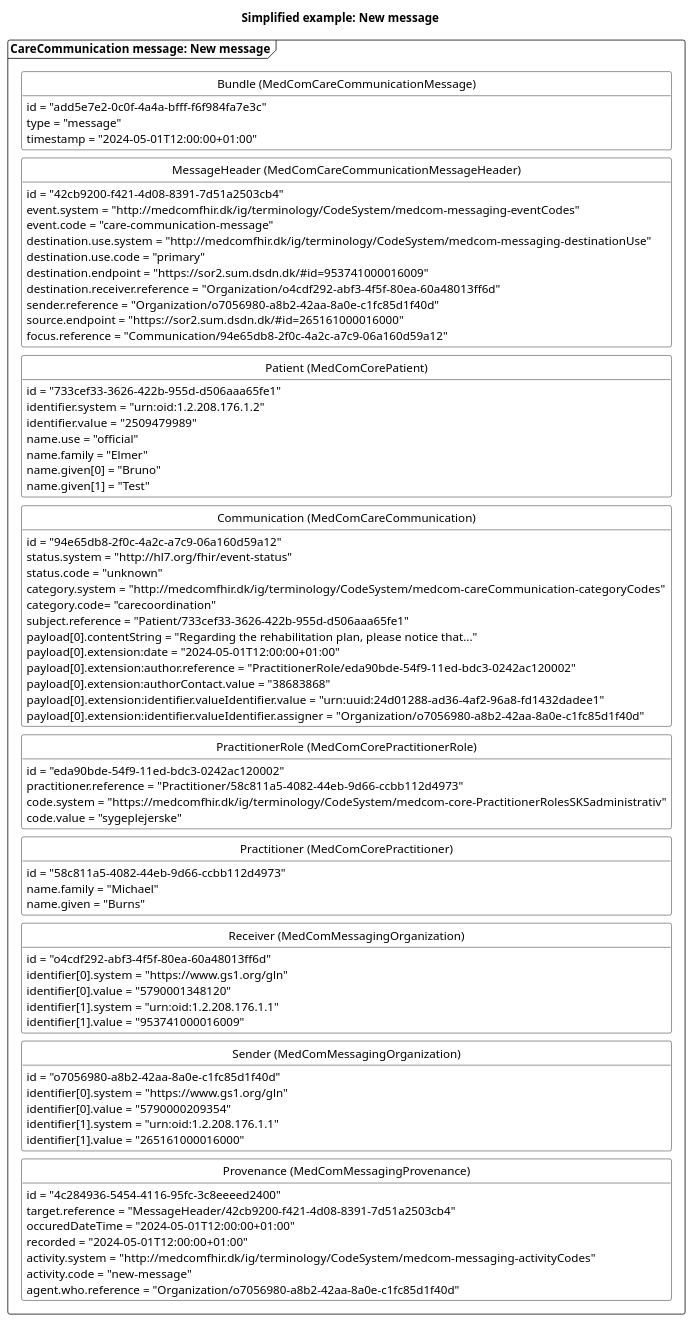
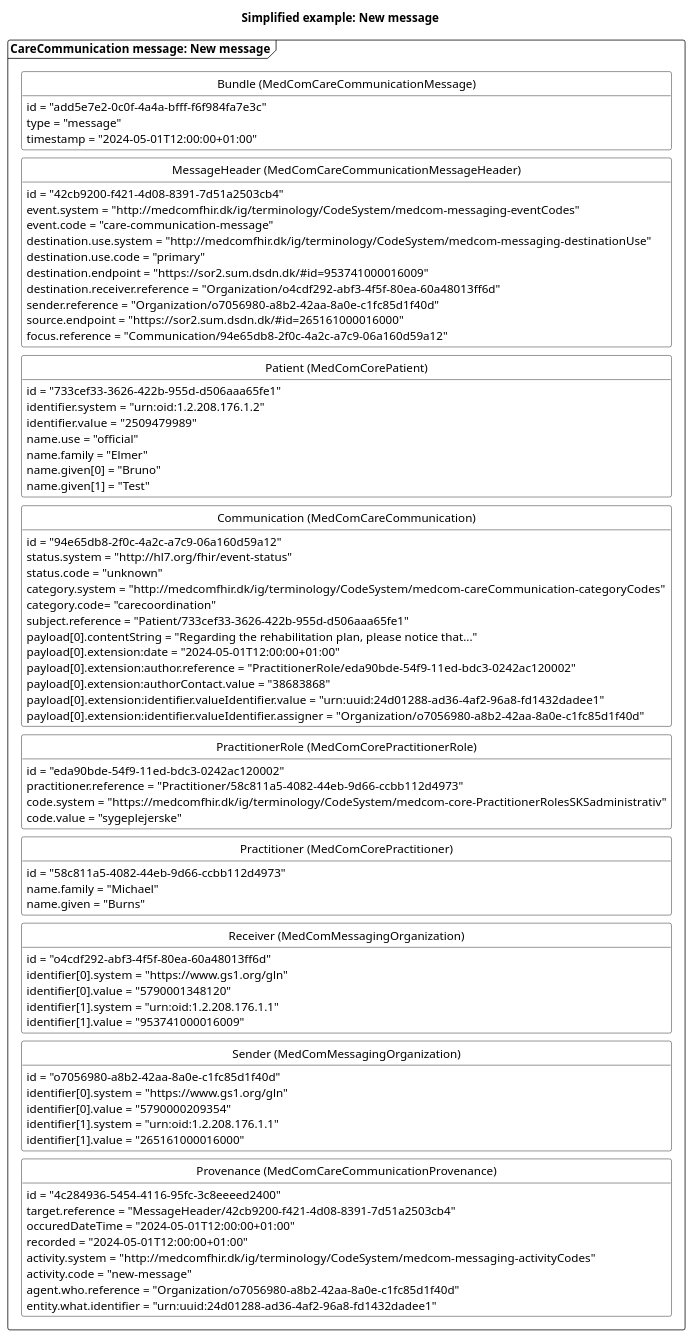
One commit to medcomdk/dk-medcom-carecommunication changed the diagram in puml/CareCommunicationNewMessage.puml. Above: the diagram before and after it, drawn with PlantUML. The commit also changed 36 other files, not shown here.

```diff
--- a/puml/CareCommunicationNewMessage.puml
+++ b/puml/CareCommunicationNewMessage.puml
@@ -1,105 +1,106 @@
 @startuml CCNewMessage
 
 'layout
 skinparam class {
     BackgroundColor White
     BorderColor Black
     ArrowColor Black
   }
 hide circle
 hide empty members
 skinparam SameClassWidth true
 skinparam Ranksep 10
 
 
 'title
 title Simplified example: New message
 
 'Message 1: New message
 package "CareCommunication message: New message" as new <<Frame>>{
     class "Bundle (MedComCareCommunicationMessage)" as newB {
         id = "add5e7e2-0c0f-4a4a-bfff-f6f984fa7e3c"
         type = "message"
         timestamp = "2024-05-01T12:00:00+01:00"
     }
     class "MessageHeader (MedComCareCommunicationMessageHeader)" as newMH{
         id = "42cb9200-f421-4d08-8391-7d51a2503cb4"
         event.system = "http://medcomfhir.dk/ig/terminology/CodeSystem/medcom-messaging-eventCodes"
         event.code = "care-communication-message"
         destination.use.system = "http://medcomfhir.dk/ig/terminology/CodeSystem/medcom-messaging-destinationUse"
         destination.use.code = "primary"
         destination.endpoint = "https://sor2.sum.dsdn.dk/#id=953741000016009"
         destination.receiver.reference = "Organization/o4cdf292-abf3-4f5f-80ea-60a48013ff6d"
         sender.reference = "Organization/o7056980-a8b2-42aa-8a0e-c1fc85d1f40d"
         source.endpoint = "https://sor2.sum.dsdn.dk/#id=265161000016000"
         focus.reference = "Communication/94e65db8-2f0c-4a2c-a7c9-06a160d59a12"
     }
     class "Patient (MedComCorePatient)" as newPT{
         id = "733cef33-3626-422b-955d-d506aaa65fe1"
         identifier.system = "urn:oid:1.2.208.176.1.2"
         identifier.value = "2509479989"
         name.use = "official"
         name.family = "Elmer"
         name.given[0] = "Bruno"
         name.given[1] = "Test"
     }
     class "Communication (MedComCareCommunication)" as newCom{
         id = "94e65db8-2f0c-4a2c-a7c9-06a160d59a12"
         status.system = "http://hl7.org/fhir/event-status" 
         status.code = "unknown"
         category.system = "http://medcomfhir.dk/ig/terminology/CodeSystem/medcom-careCommunication-categoryCodes"
         category.code= "carecoordination"
         subject.reference = "Patient/733cef33-3626-422b-955d-d506aaa65fe1"
         payload[0].contentString = "Regarding the rehabilitation plan, please notice that..."
         payload[0].extension:date = "2024-05-01T12:00:00+01:00"
         payload[0].extension:author.reference = "PractitionerRole/eda90bde-54f9-11ed-bdc3-0242ac120002"
         payload[0].extension:authorContact.value = "38683868"
         payload[0].extension:identifier.valueIdentifier.value = "urn:uuid:24d01288-ad36-4af2-96a8-fd1432dadee1"
         payload[0].extension:identifier.valueIdentifier.assigner = "Organization/o7056980-a8b2-42aa-8a0e-c1fc85d1f40d"
     }
     class "PractitionerRole (MedComCorePractitionerRole)" as newPracR{
         id = "eda90bde-54f9-11ed-bdc3-0242ac120002"
         practitioner.reference = "Practitioner/58c811a5-4082-44eb-9d66-ccbb112d4973"
         code.system = "https://medcomfhir.dk/ig/terminology/CodeSystem/medcom-core-PractitionerRolesSKSadministrativ"
         code.value = "sygeplejerske"
     }
     class "Practitioner (MedComCorePractitioner)" as newPrac{
         id = "58c811a5-4082-44eb-9d66-ccbb112d4973"
         name.family = "Michael"
         name.given = "Burns"
     }
     class "Receiver (MedComMessagingOrganization)" as newROrg{
         id = "o4cdf292-abf3-4f5f-80ea-60a48013ff6d"
         identifier[0].system = "https://www.gs1.org/gln"
         identifier[0].value = "5790001348120"
         identifier[1].system = "urn:oid:1.2.208.176.1.1"
         identifier[1].value = "953741000016009"
     }
     class "Sender (MedComMessagingOrganization)" as newSOrg{
         id = "o7056980-a8b2-42aa-8a0e-c1fc85d1f40d"
         identifier[0].system = "https://www.gs1.org/gln"
         identifier[0].value = "5790000209354"
         identifier[1].system = "urn:oid:1.2.208.176.1.1"
         identifier[1].value = "265161000016000"
     }
-    class "Provenance (MedComMessagingProvenance)" as newPRO{
+    class "Provenance (MedComCareCommunicationProvenance)" as newPRO{
         id = "4c284936-5454-4116-95fc-3c8eeeed2400"
         target.reference = "MessageHeader/42cb9200-f421-4d08-8391-7d51a2503cb4"
         occuredDateTime = "2024-05-01T12:00:00+01:00"
         recorded = "2024-05-01T12:00:00+01:00"
         activity.system = "http://medcomfhir.dk/ig/terminology/CodeSystem/medcom-messaging-activityCodes"
         activity.code = "new-message"
         agent.who.reference = "Organization/o7056980-a8b2-42aa-8a0e-c1fc85d1f40d"
+        entity.what.identifier = "urn:uuid:24d01288-ad36-4af2-96a8-fd1432dadee1"
     }
 
 newB -[hidden]- newMH
 newMH -[hidden]-newPT
 newPT-[hidden]-newCom
 newCom -[hidden]-newPracR
 newPracR-[hidden]-newPrac
 newPrac-[hidden]-newROrg
 newROrg-[hidden]- newSOrg
 newSOrg-[hidden]-newPRO
 
 
 @enduml
```
